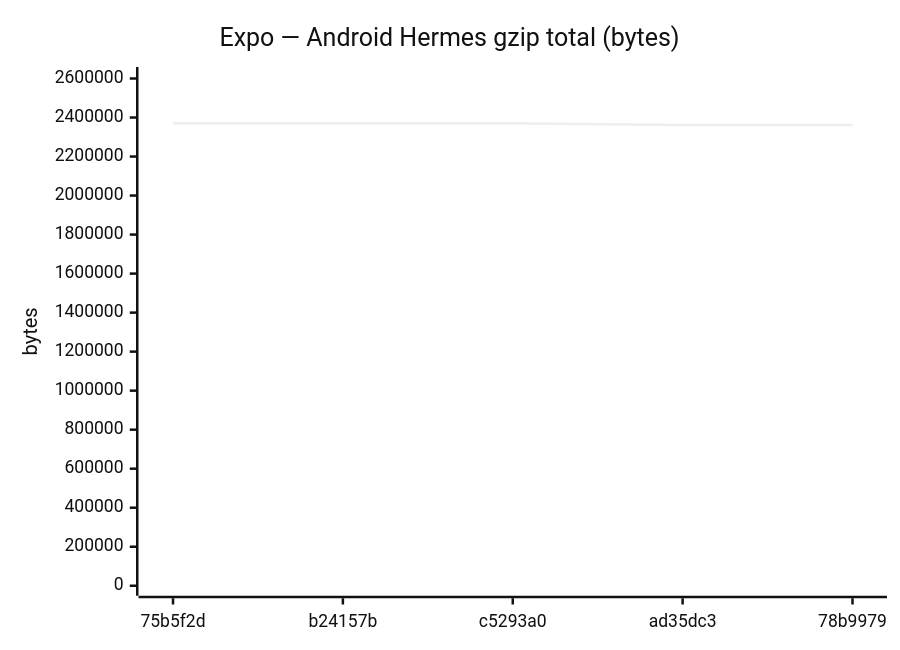
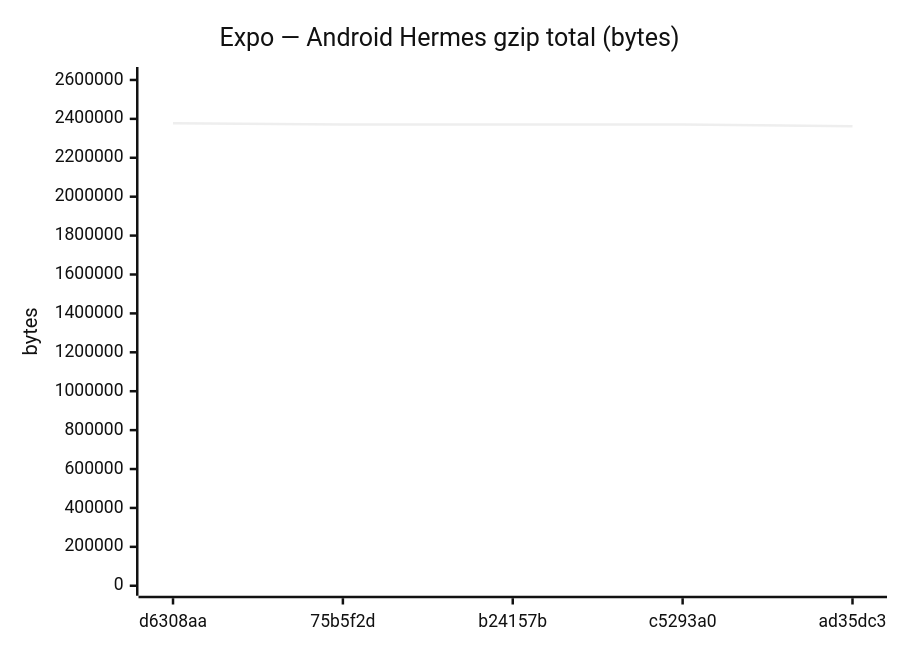
Before and after one commit to Metaheurist/Rianell: diagram 15 of 24 in benchmarks/compare.md, drawn with Mermaid (neutral theme). The commit also changed other lines of this file and 14 other files, not shown here.

````diff
--- a/benchmarks/compare.md
+++ b/benchmarks/compare.md
@@ -221,7 +221,7 @@
 ```mermaid
 xychart-beta
     title "Expo — Android Hermes gzip total (bytes)"
-    x-axis ["75b5f2d", "b24157b", "c5293a0", "ad35dc3", "78b9979"]
-    y-axis "bytes" 0 --> 2607698
-    line [2370632, 2370632, 2370634, 2362082, 2362084]
+    x-axis ["d6308aa", "75b5f2d", "b24157b", "c5293a0", "ad35dc3"]
+    y-axis "bytes" 0 --> 2615237
+    line [2377488, 2370632, 2370632, 2370634, 2362082]
 ```
````
